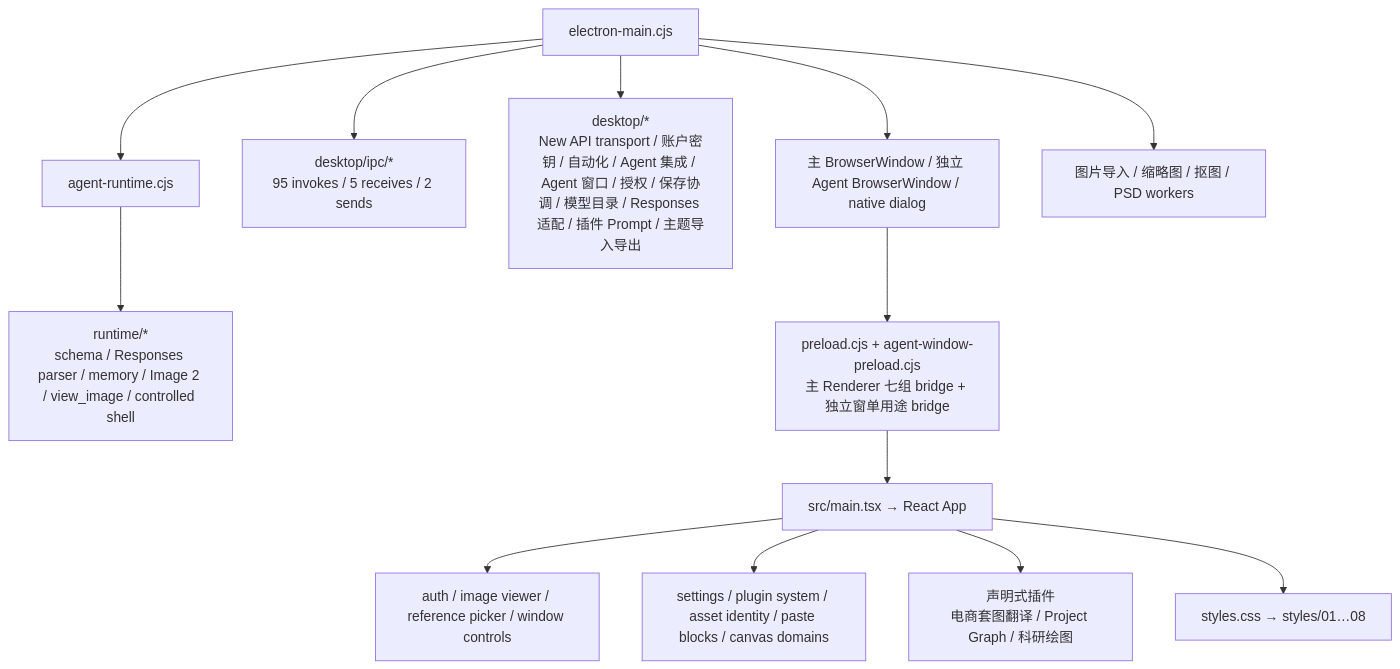
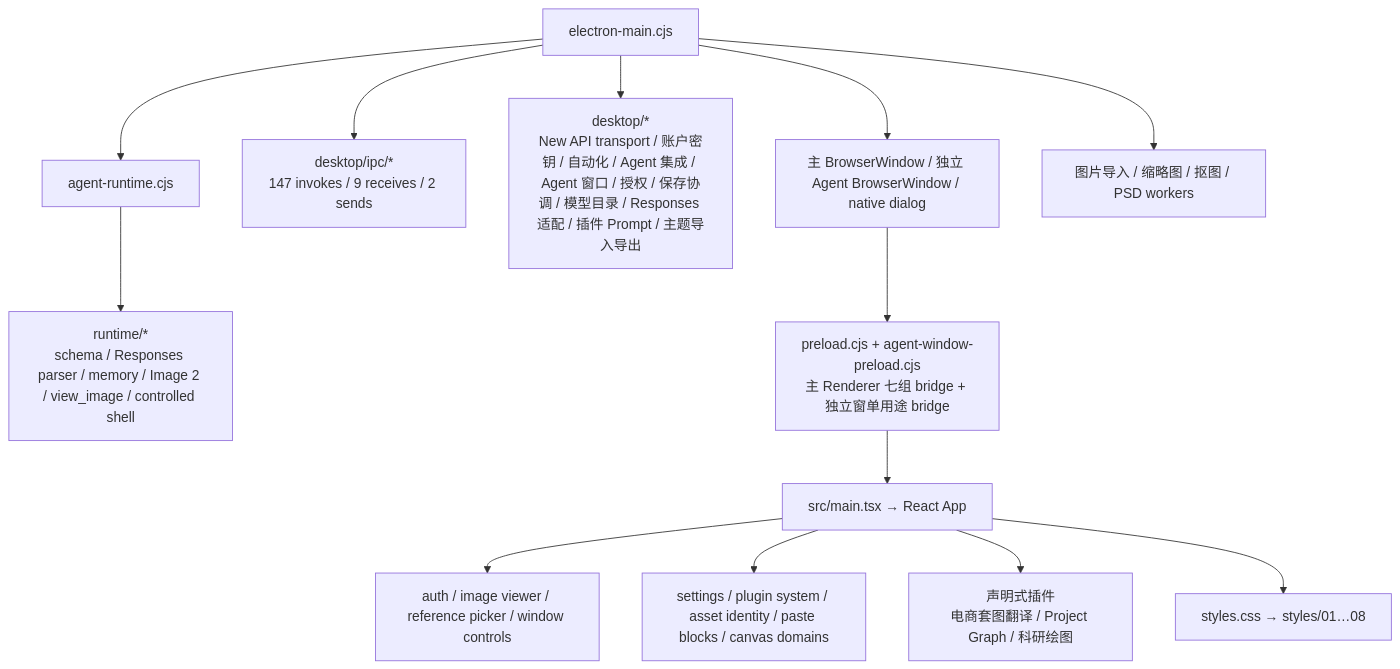
Before and after one commit to naMeaning/SparkAI-WorkSpace: the second of 2 diagrams in WORKSPACE_CONTEXT_MAP.md, drawn with Mermaid. The commit also changed other lines of this file and 12 other files, not shown here.

````diff
--- a/WORKSPACE_CONTEXT_MAP.md
+++ b/WORKSPACE_CONTEXT_MAP.md
@@ -49,15 +49,15 @@
 ```mermaid
 flowchart TD
   Entry["electron-main.cjs"] --> Window["主 BrowserWindow / 独立 Agent BrowserWindow / native dialog"]
-  Entry --> Ipc["desktop/ipc/*\n95 invokes / 5 receives / 2 sends"]
+  Entry --> Ipc["desktop/ipc/*\n147 invokes / 9 receives / 2 sends"]
   Entry --> DesktopModules["desktop/*\nNew API transport / 账户密钥 / 自动化 / Agent 集成 / Agent 窗口 / 授权 / 保存协调 / 模型目录 / Responses 适配 / 插件 Prompt / 主题导入导出"]
   Entry --> Runtime["agent-runtime.cjs"]
   Runtime --> RuntimeModules["runtime/*\nschema / Responses parser / memory / Image 2 / view_image / controlled shell"]
   Entry --> Workers["图片导入 / 缩略图 / 抠图 / PSD workers"]
   Window --> Preload["preload.cjs + agent-window-preload.cjs\n主 Renderer 七组 bridge + 独立窗单用途 bridge"]
   Preload --> Renderer["src/main.tsx → React App"]
   Renderer --> SurfaceModules["auth / image viewer / reference picker / window controls"]
   Renderer --> DomainModules["settings / plugin system / asset identity / paste blocks / canvas domains"]
   Renderer --> PluginModules["声明式插件\n电商套图翻译 / Project Graph / 科研绘图"]
   Renderer --> Styles["styles.css → styles/01…08"]
 ```
````
